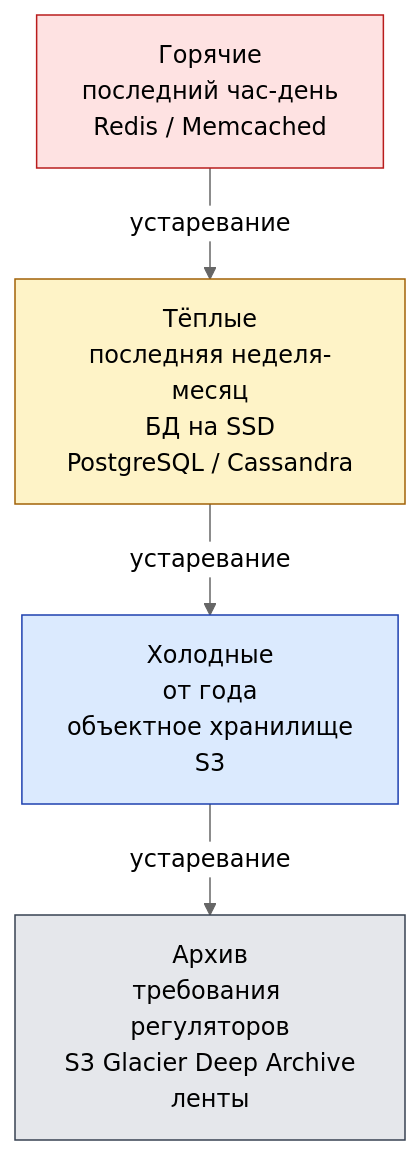
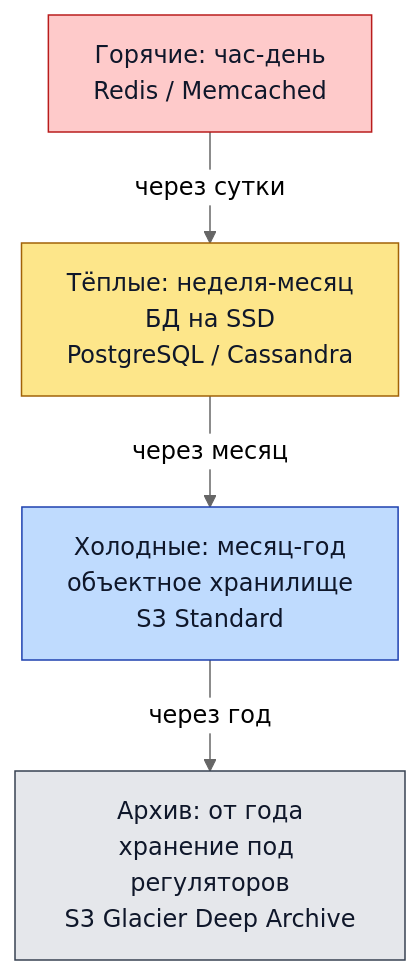
Before and after one commit to fev0ks/LearnGoLang: the fifth of 5 diagrams in docs/senior-golang-study/05-system-design/highload-design-patterns.md, drawn with Mermaid (neutral theme). The commit also changed other lines of this file and 12 other files, not shown here.

````diff
--- a/docs/senior-golang-study/05-system-design/highload-design-patterns.md
+++ b/docs/senior-golang-study/05-system-design/highload-design-patterns.md
@@ -808,16 +808,16 @@
 ```mermaid
 flowchart TB
-    Hot["Горячие<br/>последний час-день<br/>Redis / Memcached"]
-    Warm["Тёплые<br/>последняя неделя-месяц<br/>БД на SSD<br/>PostgreSQL / Cassandra"]
-    Cold["Холодные<br/>от года<br/>объектное хранилище<br/>S3"]
-    Archive["Архив<br/>требования регуляторов<br/>S3 Glacier Deep Archive<br/>ленты"]
+    Hot["Горячие: час-день<br/>Redis / Memcached"]
+    Warm["Тёплые: неделя-месяц<br/>БД на SSD<br/>PostgreSQL / Cassandra"]
+    Cold["Холодные: месяц-год<br/>объектное хранилище<br/>S3 Standard"]
+    Archive["Архив: от года<br/>хранение под регуляторов<br/>S3 Glacier Deep Archive"]
 
-    Hot -->|устаревание| Warm
-    Warm -->|устаревание| Cold
-    Cold -->|устаревание| Archive
+    Hot -->|через сутки| Warm
+    Warm -->|через месяц| Cold
+    Cold -->|через год| Archive
 
-    style Hot fill:#fee2e2,stroke:#b91c1c
-    style Warm fill:#fef3c7,stroke:#a16207
-    style Cold fill:#dbeafe,stroke:#1e40af
-    style Archive fill:#e5e7eb,stroke:#374151
+    style Hot fill:#fecaca,stroke:#b91c1c,color:#0f172a
+    style Warm fill:#fde68a,stroke:#a16207,color:#0f172a
+    style Cold fill:#bfdbfe,stroke:#1e40af,color:#0f172a
+    style Archive fill:#e5e7eb,stroke:#374151,color:#0f172a
 ```
````
